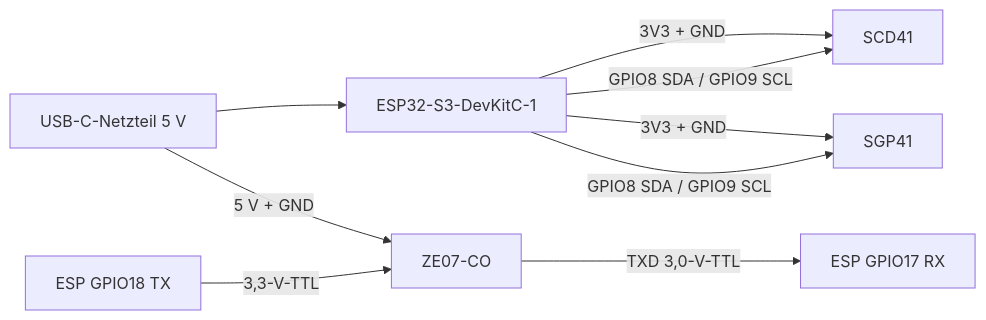
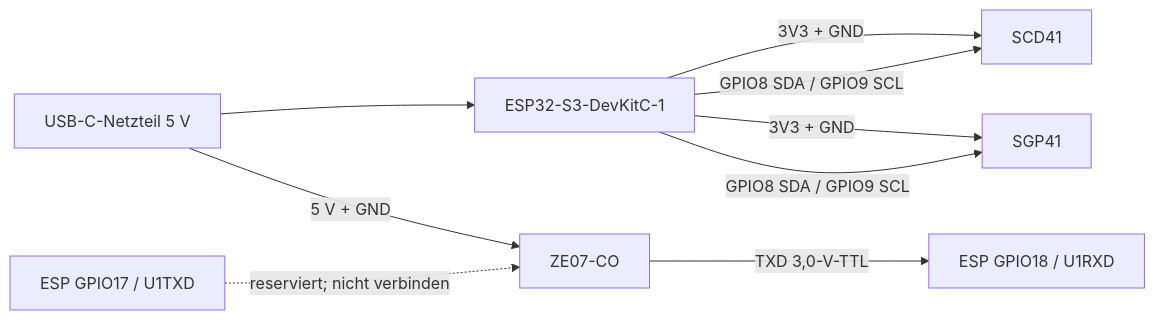
The diagram in README.md (trinler007/AirQSensor), drawn with Mermaid before and after one commit. The commit also changed other lines of this file and 1 other file, not shown here.

````diff
--- a/README.md
+++ b/README.md
@@ -23,11 +23,11 @@
 ```mermaid
 flowchart LR
   USB["USB-C-Netzteil 5 V"] --> ESP["ESP32-S3-DevKitC-1"]
   ESP -- "3V3 + GND" --> SCD["SCD41"]
   ESP -- "3V3 + GND" --> SGP["SGP41"]
   ESP -- "GPIO8 SDA / GPIO9 SCL" --> SCD
   ESP -- "GPIO8 SDA / GPIO9 SCL" --> SGP
   USB -- "5 V + GND" --> CO["ZE07-CO"]
-  CO -- "TXD 3,0-V-TTL" --> RX["ESP GPIO17 RX"]
-  TX["ESP GPIO18 TX"] -- "3,3-V-TTL" --> CO
+  CO -- "TXD 3,0-V-TTL" --> RX["ESP GPIO18 / U1RXD"]
+  RES["ESP GPIO17 / U1TXD"] -. "reserviert; nicht verbinden" .-> CO
 ```
````
